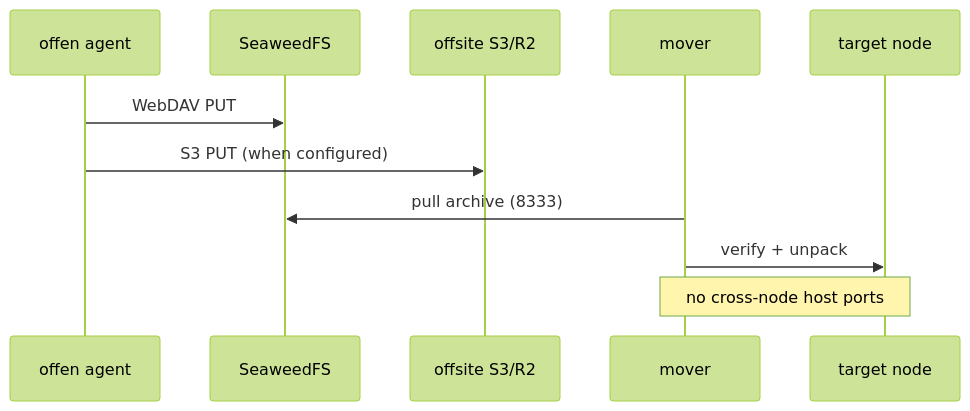
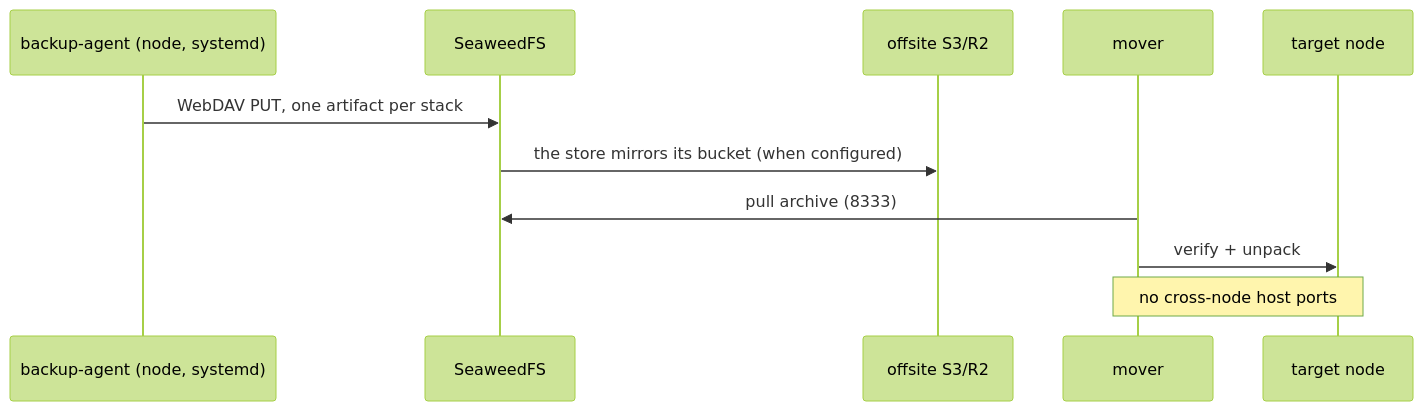
Before and after one commit to hazemarian/poor-man-cluster: the ninth of 11 diagrams in docs/whitepaper.md, drawn with Mermaid (forest theme). The commit also changed other lines of this file and 8 other files, not shown here.

First line of the commit message:
docs: rewrite the backup chapter for the shipped design, embed the diagram

````diff
--- a/docs/whitepaper.md
+++ b/docs/whitepaper.md
@@ -247,13 +257,13 @@
 ```mermaid
 sequenceDiagram
-    participant AG as offen agent
+    participant AG as backup-agent (node, systemd)
     participant SW as SeaweedFS
     participant S3 as offsite S3/R2
     participant MV as mover
     participant TN as target node
-    AG->>SW: WebDAV PUT
-    AG->>S3: S3 PUT (when configured)
+    AG->>SW: WebDAV PUT, one artifact per stack
+    SW->>S3: the store mirrors its bucket (when configured)
     MV->>SW: pull archive (8333)
     MV->>TN: verify + unpack
     Note over MV,TN: no cross-node host ports
 ```
````
